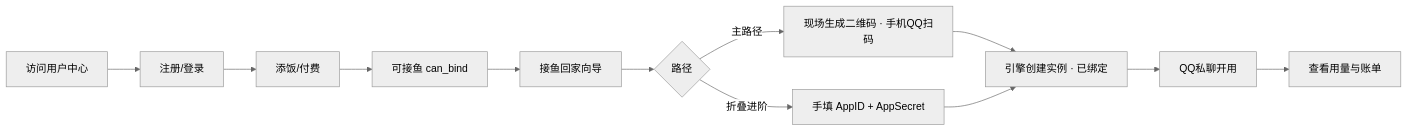
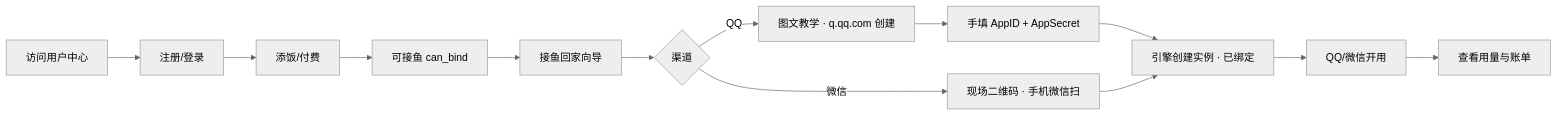
Before and after one commit to AstrBotDevs/AstrBot: the diagram in PRD.md, drawn with Mermaid (neutral theme). The commit also changed other lines of this file and 50 other files, not shown here.

````diff
--- a/PRD.md
+++ b/PRD.md
@@ -54,14 +54,15 @@
 ```mermaid
 flowchart LR
   A[访问用户中心] --> B[注册/登录]
   B --> C[添饭/付费]
   C --> D[可接鱼 can_bind]
   D --> E[接鱼回家向导]
-  E --> F{路径}
-  F -->|主路径| G[现场生成二维码 · 手机QQ扫码]
-  F -->|折叠进阶| H[手填 AppID + AppSecret]
-  G --> I[引擎创建实例 · 已绑定]
-  H --> I
-  I --> J[QQ私聊开用]
+  E --> F{渠道}
+  F -->|QQ| G[图文教学 · q.qq.com 创建]
+  G --> H[手填 AppID + AppSecret]
+  F -->|微信| W[现场二维码 · 手机微信扫]
+  H --> I[引擎创建实例 · 已绑定]
+  W --> I
+  I --> J[QQ/微信开用]
   J --> K[查看用量与账单]
 ```
````
